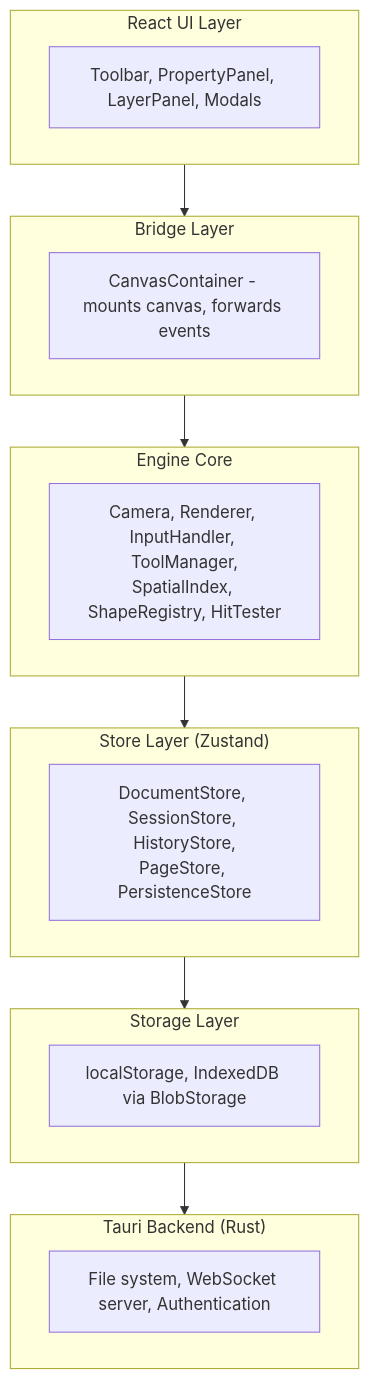
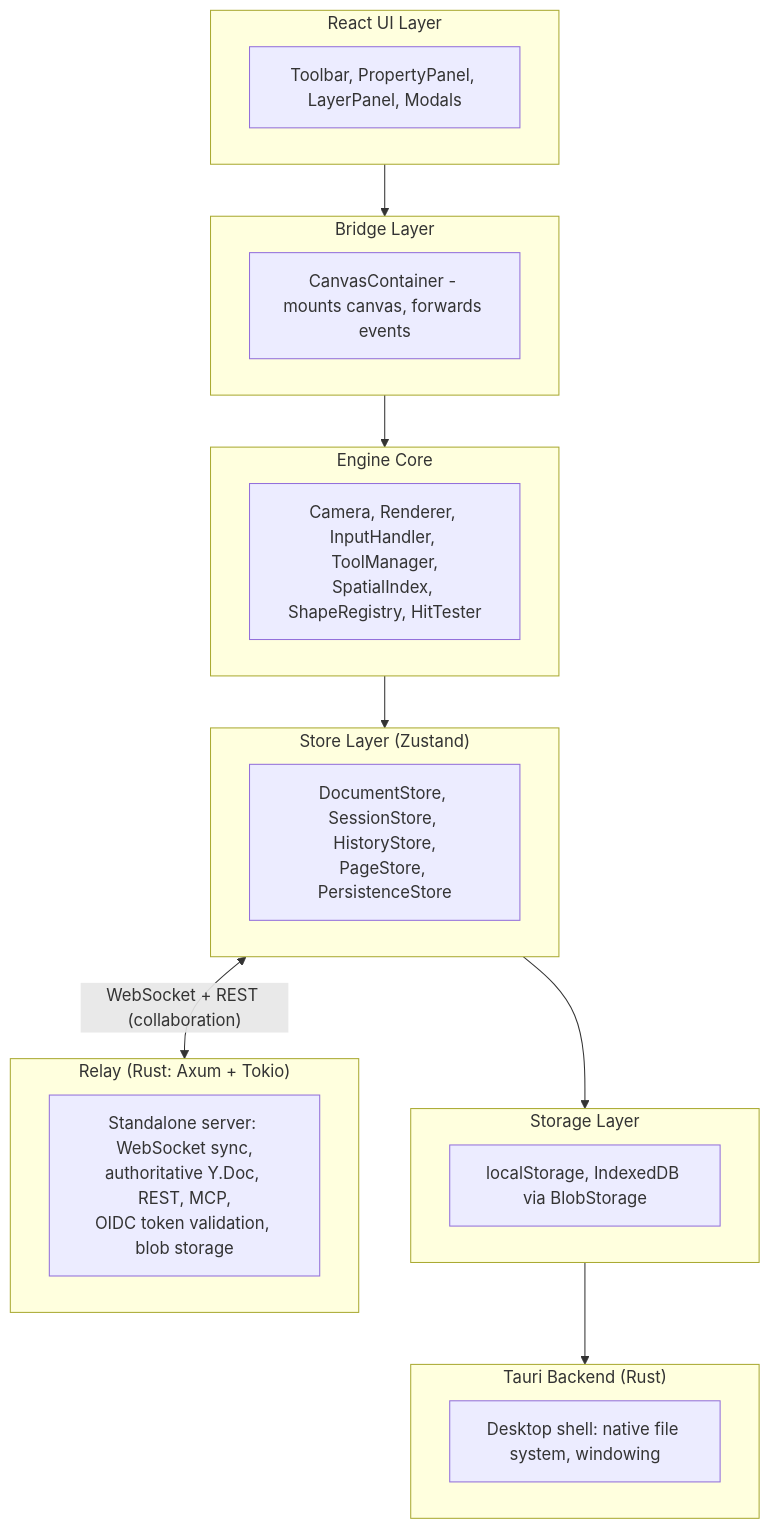
The diagram in docs-site/developer/architecture.md (JPE-Net-Technologies/docushark), drawn with Mermaid before and after one commit. The commit also changed other lines of this file and 12 other files, not shown here.

````diff
--- a/docs-site/developer/architecture.md
+++ b/docs-site/developer/architecture.md
@@ -22,23 +22,27 @@
 ```mermaid
 flowchart TB
     subgraph ui["React UI Layer"]
         ui_desc["Toolbar, PropertyPanel, LayerPanel, Modals"]
     end
     subgraph bridge["Bridge Layer"]
         bridge_desc["CanvasContainer - mounts canvas, forwards events"]
     end
     subgraph engine["Engine Core"]
         engine_desc["Camera, Renderer, InputHandler, ToolManager,<br/>SpatialIndex, ShapeRegistry, HitTester"]
     end
     subgraph store["Store Layer (Zustand)"]
         store_desc["DocumentStore, SessionStore, HistoryStore,<br/>PageStore, PersistenceStore"]
     end
     subgraph storage["Storage Layer"]
         storage_desc["localStorage, IndexedDB via BlobStorage"]
     end
     subgraph tauri["Tauri Backend (Rust)"]
-        tauri_desc["File system, WebSocket server, Authentication"]
+        tauri_desc["Desktop shell: native file system, windowing"]
+    end
+    subgraph relay["Relay (Rust: Axum + Tokio)"]
+        relay_desc["Standalone server: WebSocket sync,<br/>authoritative Y.Doc, REST, MCP,<br/>OIDC token validation, blob storage"]
     end
 
     ui --> bridge --> engine --> store --> storage --> tauri
+    store <-->|"WebSocket + REST (collaboration)"| relay
 ```
````
